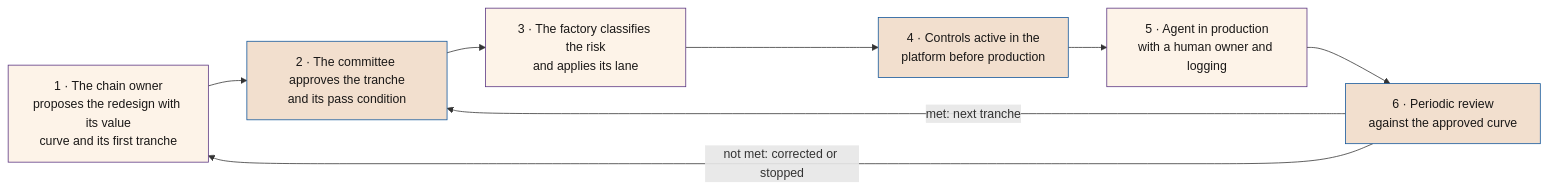
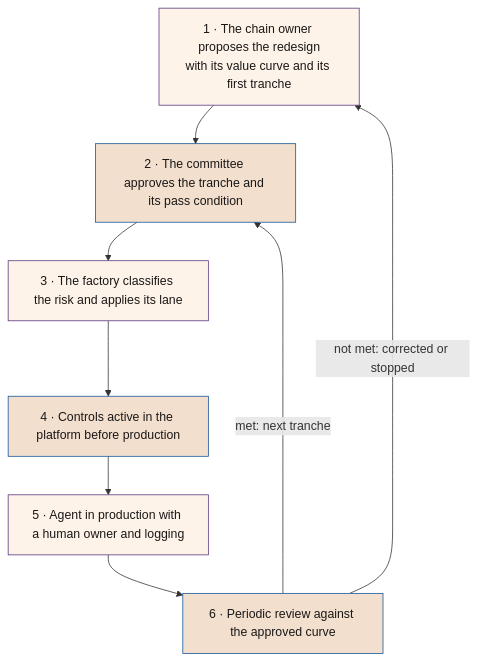
The seventh of 7 diagrams in SEVEN-G/mds/en/54_SEVEN-G_Organizacion_de_la_compania_para_la_IA.md (seachad/AI_CONSULTING), drawn with Mermaid before and after one commit. The commit also changed other lines of this file and 15 other files, not shown here.

First line of the commit message:
Documento 54 §9: diagramas más legibles; HTML y PDF de 54 y 02, índices de códigos y búsqueda (D162)

````diff
--- a/SEVEN-G/mds/en/54_SEVEN-G_Organizacion_de_la_compania_para_la_IA.md
+++ b/SEVEN-G/mds/en/54_SEVEN-G_Organizacion_de_la_compania_para_la_IA.md
@@ -600,16 +605,16 @@
 ```mermaid
-flowchart LR
-  P1["1 · The chain owner<br>proposes the redesign with its value<br>curve and its first tranche"]
-  P2["2 · The committee approves the tranche<br>and its pass condition"]
-  P3["3 · The factory classifies the risk<br>and applies its lane"]
-  P4["4 · Controls active in the<br>platform before production"]
-  P5["5 · Agent in production<br>with a human owner and logging"]
-  P6["6 · Periodic review<br>against the approved curve"]
+flowchart TB
+  P1["1 · The chain owner proposes the redesign<br>with its value curve and its first tranche"]
+  P2["2 · The committee approves the tranche and its pass condition"]
+  P3["3 · The factory classifies the risk and applies its lane"]
+  P4["4 · Controls active in the platform before production"]
+  P5["5 · Agent in production with a human owner and logging"]
+  P6["6 · Periodic review against the approved curve"]
   P1 --> P2 --> P3 --> P4 --> P5 --> P6
   P6 -->|"met: next tranche"| P2
   P6 -->|"not met: corrected or stopped"| P1
   classDef fase fill:#fdf3e8,stroke:#593380,color:#1a1817
   classDef gate fill:#f2dfce,stroke:#0f5499,color:#1a1817
   class P1,P3,P5 fase
   class P2,P4,P6 gate
 ```
````
